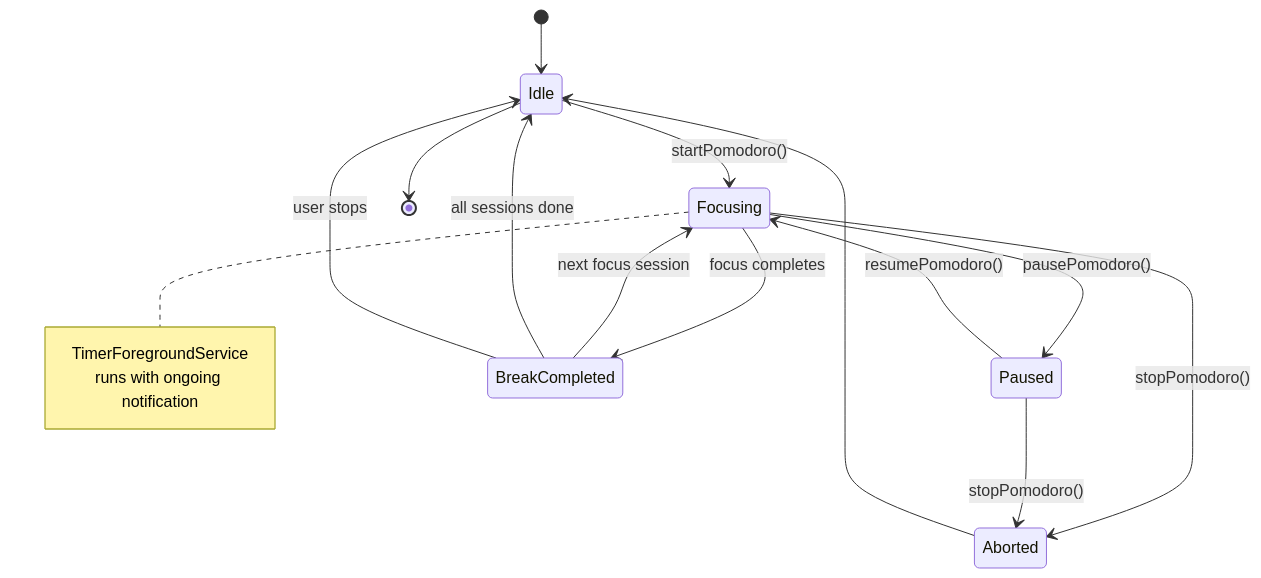
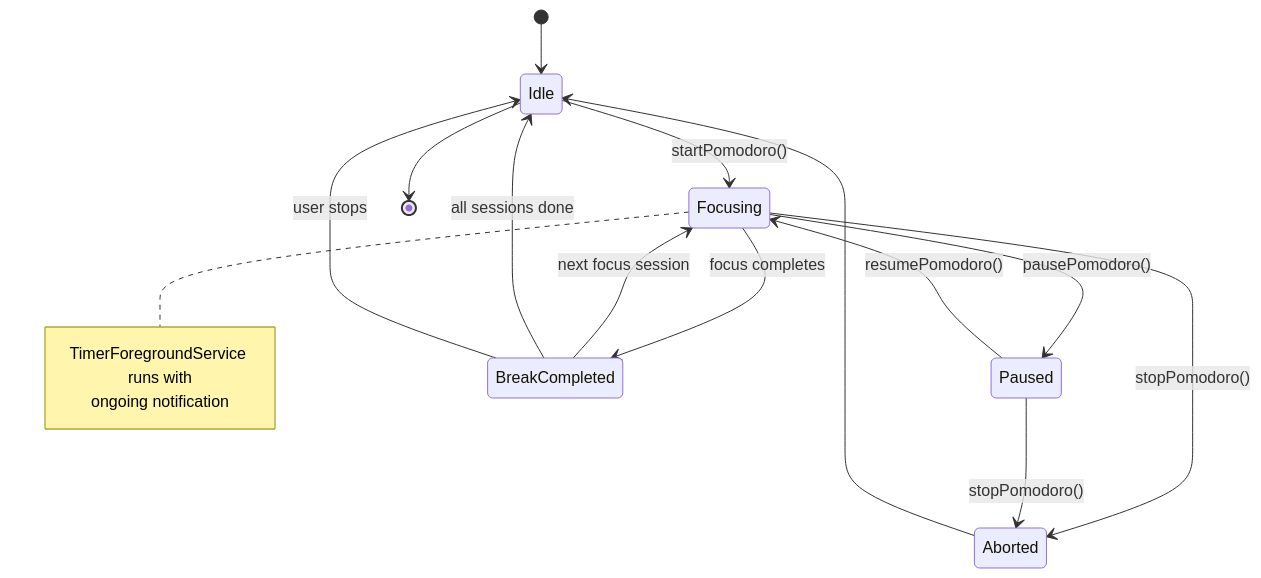
The seventh of 8 diagrams in README.md (Alireza-Sotoodeh/MyPlanner), drawn with Mermaid before and after one commit. The commit also changed other lines of this file, not shown here.

Commit message:
fix(readme): use mermaid multi-line note syntax for state diagrams

````diff
--- a/README.md
+++ b/README.md
@@ -185,17 +190,20 @@
 ```mermaid
 stateDiagram-v2
     [*] --> Idle
     Idle --> Focusing: startPomodoro()
     Focusing --> Paused: pausePomodoro()
     Paused --> Focusing: resumePomodoro()
     Focusing --> BreakCompleted: focus completes
     Focusing --> Aborted: stopPomodoro()
     BreakCompleted --> Focusing: next focus session
     BreakCompleted --> Idle: all sessions done
     BreakCompleted --> Idle: user stops
     Paused --> Aborted: stopPomodoro()
     Aborted --> Idle
     Idle --> [*]
     
-    note right of Focusing: TimerForegroundService<br/>runs with ongoing notification
+    note right of Focusing
+        TimerForegroundService runs with
+        ongoing notification
+    end note
 ```
````
